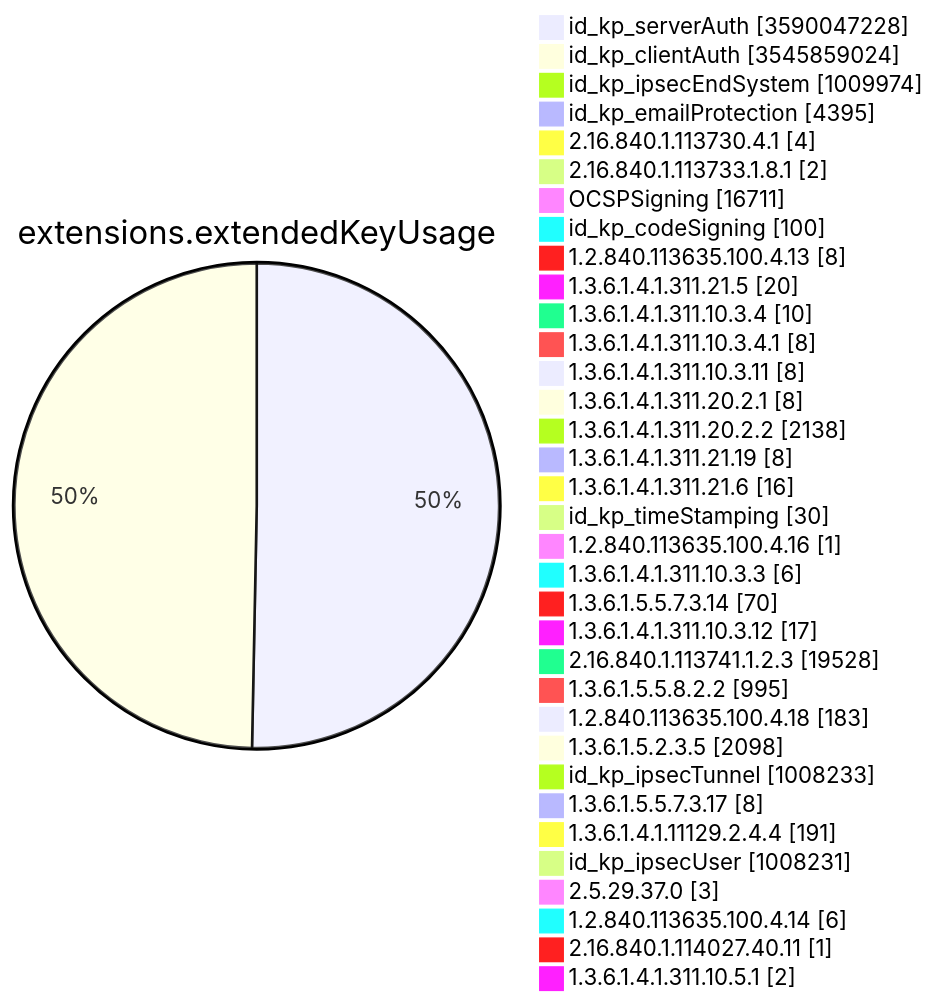
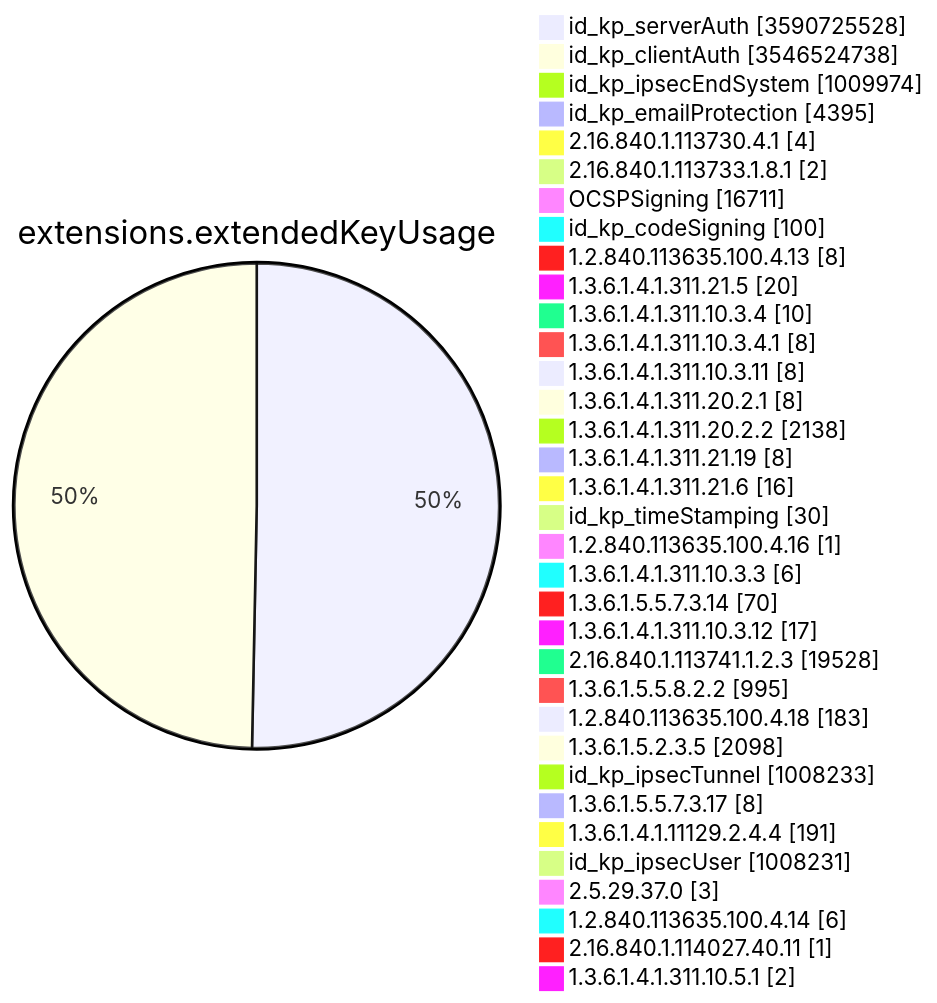
One commit to christiankrug/ctmonitor_visualization changed diagram 11 of 15 in TOTAL/README.md. Above: the diagram before and after it, drawn with Mermaid. The commit also changed other lines of this file, not shown here.

````diff
--- a/TOTAL/README.md
+++ b/TOTAL/README.md
@@ -4128,38 +4128,38 @@
 ```mermaid
 pie showData
 title extensions.extendedKeyUsage
-"id_kp_serverAuth" :3590047228
-"id_kp_clientAuth" :3545859024
+"id_kp_serverAuth" :3590725528
+"id_kp_clientAuth" :3546524738
 "id_kp_ipsecEndSystem" :1009974
 "id_kp_emailProtection" :4395
 "2.16.840.1.113730.4.1" :4
 "2.16.840.1.113733.1.8.1" :2
 "OCSPSigning" :16711
 "id_kp_codeSigning" :100
 "1.2.840.113635.100.4.13" :8
 "1.3.6.1.4.1.311.21.5" :20
 "1.3.6.1.4.1.311.10.3.4" :10
 "1.3.6.1.4.1.311.10.3.4.1" :8
 "1.3.6.1.4.1.311.10.3.11" :8
 "1.3.6.1.4.1.311.20.2.1" :8
 "1.3.6.1.4.1.311.20.2.2" :2138
 "1.3.6.1.4.1.311.21.19" :8
 "1.3.6.1.4.1.311.21.6" :16
 "id_kp_timeStamping" :30
 "1.2.840.113635.100.4.16" :1
 "1.3.6.1.4.1.311.10.3.3" :6
 "1.3.6.1.5.5.7.3.14" :70
 "1.3.6.1.4.1.311.10.3.12" :17
 "2.16.840.1.113741.1.2.3" :19528
 "1.3.6.1.5.5.8.2.2" :995
 "1.2.840.113635.100.4.18" :183
 "1.3.6.1.5.2.3.5" :2098
 "id_kp_ipsecTunnel" :1008233
 "1.3.6.1.5.5.7.3.17" :8
 "1.3.6.1.4.1.11129.2.4.4" :191
 "id_kp_ipsecUser" :1008231
 "2.5.29.37.0" :3
 "1.2.840.113635.100.4.14" :6
 "2.16.840.1.114027.40.11" :1
 "1.3.6.1.4.1.311.10.5.1" :2
 ```
````
